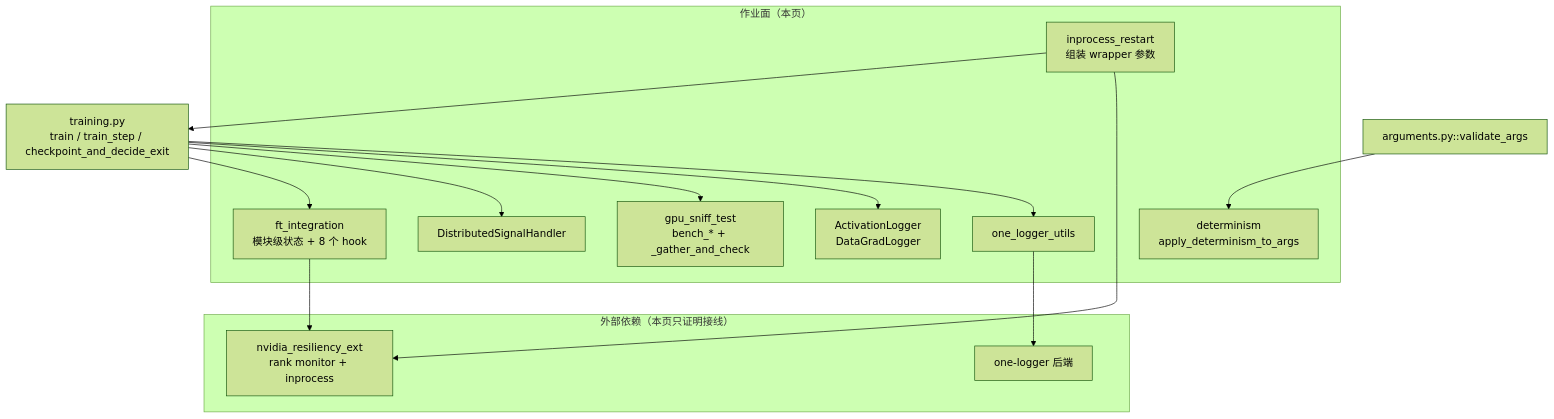
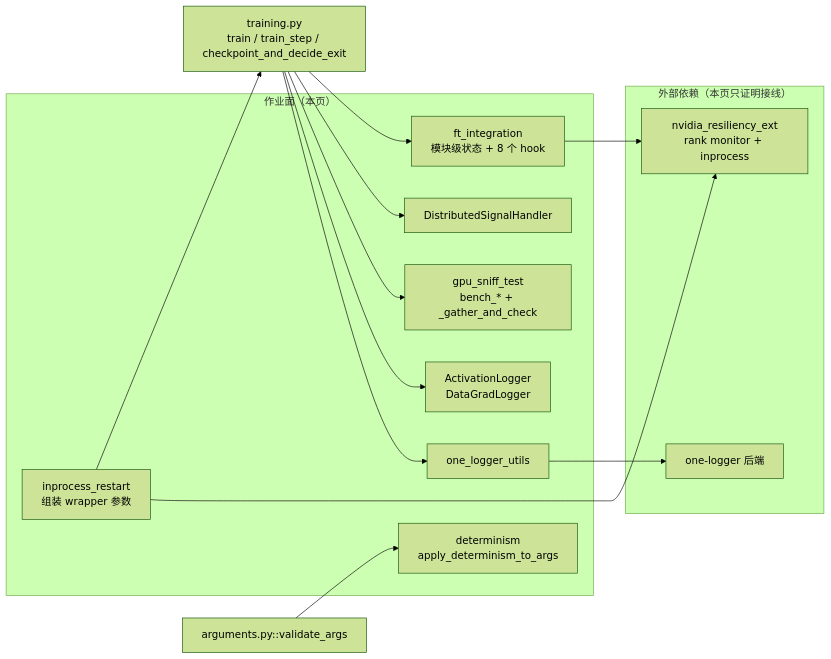
Before and after one commit to suhaibo666/llm-knowledge: the diagram in wiki/02_engineering/02_train_frameworks/megatron-lm/27_megatron_job_resilience_analysis.md, drawn with Mermaid (forest theme).

Commit message:
docs(megatron): lay page 27's ownership diagram left-to-right
TB put the seven job-side modules in one horizontal row, so the diagram
needed horizontal scrolling on the page. LR stacks them instead.

````diff
--- a/wiki/02_engineering/02_train_frameworks/megatron-lm/27_megatron_job_resilience_analysis.md
+++ b/wiki/02_engineering/02_train_frameworks/megatron-lm/27_megatron_job_resilience_analysis.md
@@ -197,29 +197,29 @@
 ```mermaid
-flowchart TB
+flowchart LR
   subgraph J["作业面（本页）"]
     FT["ft_integration<br/>模块级状态 + 8 个 hook"]
     IPR["inprocess_restart<br/>组装 wrapper 参数"]
     SIG["DistributedSignalHandler"]
     DET["determinism<br/>apply_determinism_to_args"]
     SNF["gpu_sniff_test<br/>bench_* + _gather_and_check"]
     LOG["ActivationLogger<br/>DataGradLogger"]
     OL["one_logger_utils"]
   end
   subgraph EXT["外部依赖（本页只证明接线）"]
     NVRX["nvidia_resiliency_ext<br/>rank monitor + inprocess"]
     ONEL["one-logger 后端"]
   end
   TRAIN["training.py<br/>train / train_step / checkpoint_and_decide_exit"]
   ARGS["arguments.py::validate_args"]
 
   TRAIN --> FT
   TRAIN --> SIG
   TRAIN --> SNF
   TRAIN --> LOG
   TRAIN --> OL
   ARGS --> DET
   IPR --> TRAIN
   FT --> NVRX
   IPR --> NVRX
   OL --> ONEL
 ```
````
